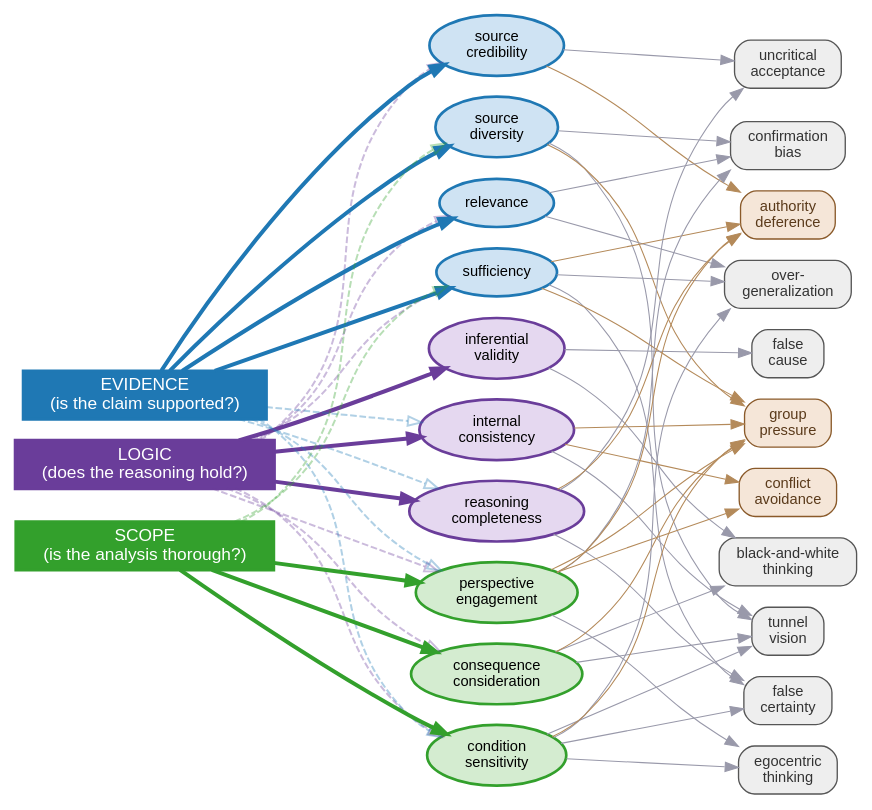
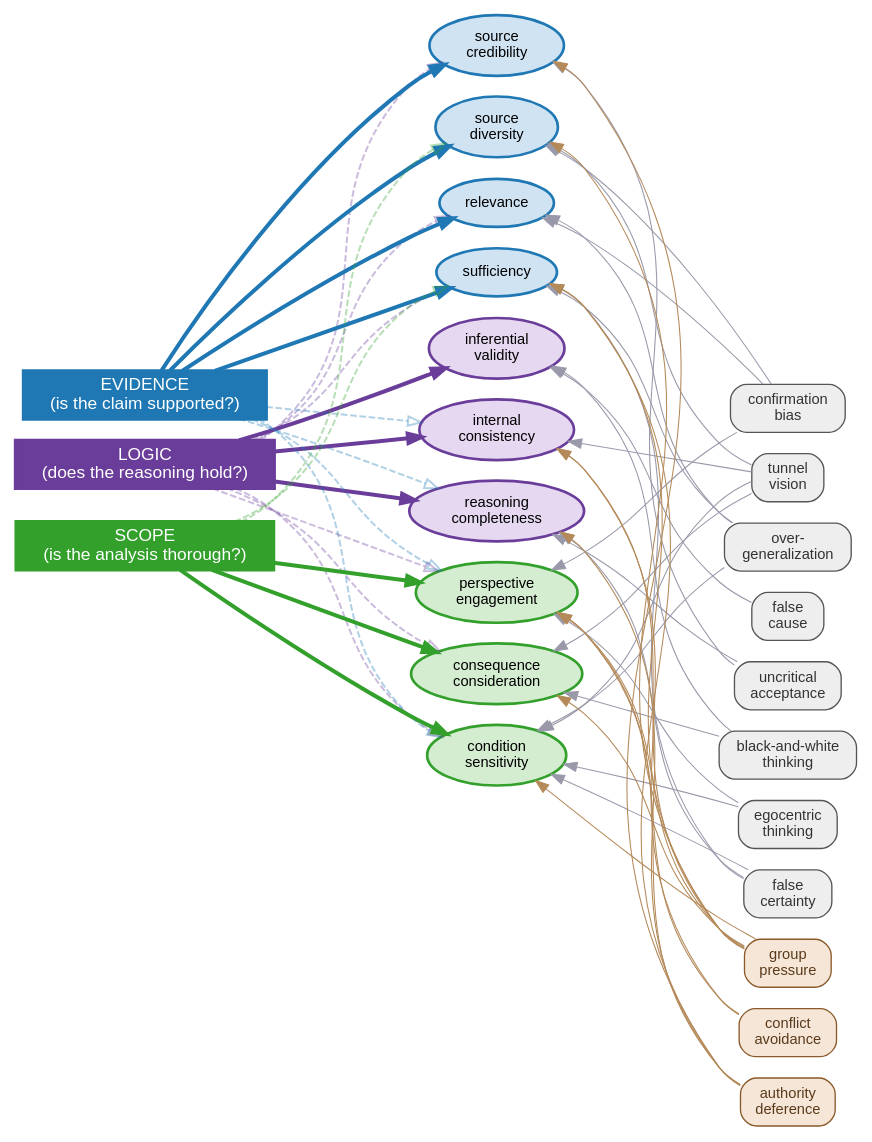
One commit to vtphan/polylogue-5 changed the diagram in framework/docs/framework-graph.dot. Above: the diagram before and after it, drawn with Graphviz. The commit also changed 4 other files, not shown here.

```diff
--- a/framework/docs/framework-graph.dot
+++ b/framework/docs/framework-graph.dot
@@ -15,8 +15,8 @@
 //                                alternate view), so a blue dashed edge
 //                                arriving at a facet means "also visible
 //                                through Evidence."
-//   thin gray, solid           — facet -> cognitive pattern
-//   thin brown, solid          — facet -> social dynamic
+//   thin gray, solid           — cognitive pattern -> facet (causes weakness)
+//   thin brown, solid          — social dynamic    -> facet (causes weakness)
 //
 // Explanatory edges are muted so the lens/facet/cross-lens structure
 // reads first. They are still present for reference.
@@ -146,74 +146,101 @@
     scope -> sufficiency;
 
     // ================================================================
-    //  Facet -> cognitive pattern (muted, thin)
+    //  Cognitive pattern -> facet (causes weakness, muted, thin)
+    //
+    //  These edges run visually right-to-left (explanatory column is
+    //  placed to the right of the facet column). constraint=false so
+    //  they do not pull explanatory variables into the facet rank;
+    //  invisible layout edges below establish the three columns.
     // ================================================================
 
-    edge [color="#9999aa", penwidth=0.8, style=solid, arrowhead=normal];
+    edge [color="#9999aa", penwidth=0.8, style=solid, arrowhead=normal, constraint=false];
 
-    source_credibility     -> uncritical_acceptance;
+    uncritical_acceptance    -> source_credibility;
 
-    source_diversity       -> confirmation_bias;
-    source_diversity       -> tunnel_vision;
+    confirmation_bias        -> source_diversity;
+    tunnel_vision            -> source_diversity;
 
-    relevance              -> confirmation_bias;
-    relevance              -> overgeneralization;
+    confirmation_bias        -> relevance;
+    overgeneralization       -> relevance;
 
-    sufficiency            -> overgeneralization;
-    sufficiency            -> false_certainty;
+    overgeneralization       -> sufficiency;
+    false_certainty          -> sufficiency;
 
-    inferential_validity   -> false_cause;
-    inferential_validity   -> black_and_white_thinking;
+    false_cause              -> inferential_validity;
+    black_and_white_thinking -> inferential_validity;
 
-    internal_consistency   -> tunnel_vision;
+    tunnel_vision            -> internal_consistency;
 
-    reasoning_completeness -> uncritical_acceptance;
-    reasoning_completeness -> false_certainty;
+    uncritical_acceptance    -> reasoning_completeness;
+    false_certainty          -> reasoning_completeness;
 
-    perspective_engagement   -> confirmation_bias;
-    perspective_engagement   -> egocentric_thinking;
+    confirmation_bias        -> perspective_engagement;
+    egocentric_thinking      -> perspective_engagement;
 
-    consequence_consideration -> tunnel_vision;
-    consequence_consideration -> black_and_white_thinking;
+    tunnel_vision            -> consequence_consideration;
+    black_and_white_thinking -> consequence_consideration;
 
-    condition_sensitivity    -> tunnel_vision;
-    condition_sensitivity    -> overgeneralization;
-    condition_sensitivity    -> egocentric_thinking;
-    condition_sensitivity    -> false_certainty;
+    tunnel_vision            -> condition_sensitivity;
+    overgeneralization       -> condition_sensitivity;
+    egocentric_thinking      -> condition_sensitivity;
+    false_certainty          -> condition_sensitivity;
 
     // ================================================================
-    //  Facet -> social dynamic (muted, thin, warm)
+    //  Social dynamic -> facet (causes weakness, muted, thin, warm)
+    //  Same layout treatment as cognitive -> facet edges above.
     // ================================================================
 
-    edge [color="#b48a5a", penwidth=0.8, style=solid, arrowhead=normal];
+    edge [color="#b48a5a", penwidth=0.8, style=solid, arrowhead=normal, constraint=false];
 
-    source_credibility     -> authority_deference;
-    source_diversity       -> group_pressure;
-    sufficiency            -> group_pressure;
-    sufficiency            -> authority_deference;
-    internal_consistency   -> group_pressure;
-    internal_consistency   -> conflict_avoidance;
-    reasoning_completeness -> authority_deference;
-    perspective_engagement -> group_pressure;
-    perspective_engagement -> conflict_avoidance;
-    perspective_engagement -> authority_deference;
-    consequence_consideration -> group_pressure;
-    condition_sensitivity    -> group_pressure;
+    authority_deference -> source_credibility;
+    group_pressure      -> source_diversity;
+    group_pressure      -> sufficiency;
+    authority_deference -> sufficiency;
+    group_pressure      -> internal_consistency;
+    conflict_avoidance  -> internal_consistency;
+    authority_deference -> reasoning_completeness;
+    group_pressure      -> perspective_engagement;
+    conflict_avoidance  -> perspective_engagement;
+    authority_deference -> perspective_engagement;
+    group_pressure      -> consequence_consideration;
+    group_pressure      -> condition_sensitivity;
 
     // ================================================================
-    //  Vertical grouping (invisible edges force facets of the same
-    //  primary lens to appear contiguously in the facet column, and
-    //  the three lens nodes to appear in the matching order in the
-    //  lens column: Evidence, then Logic, then Scope).
+    //  Layout scaffolding (invisible edges that shape the three-column
+    //  layout and the vertical order within each column).
     // ================================================================
 
     edge [style=invis, constraint=true, arrowhead=none, penwidth=0];
 
-    // Lens column order
+    // Lens column vertical order
     evidence -> logic -> scope;
 
-    // Facet column order: Evidence group, then Logic group, then Scope group
+    // Facet column vertical order: Evidence group, then Logic group, then Scope group
     source_credibility -> source_diversity -> relevance -> sufficiency
       -> inferential_validity -> internal_consistency -> reasoning_completeness
       -> perspective_engagement -> consequence_consideration -> condition_sensitivity;
+
+    // Force the explanatory column to be to the RIGHT of the facet column.
+    // One invisible forward edge per explanatory variable is enough to
+    // establish the rank; the real causal edges run right-to-left with
+    // constraint=false so they do not interfere with the layout.
+    condition_sensitivity -> confirmation_bias;
+    condition_sensitivity -> tunnel_vision;
+    condition_sensitivity -> overgeneralization;
+    condition_sensitivity -> false_cause;
+    condition_sensitivity -> uncritical_acceptance;
+    condition_sensitivity -> black_and_white_thinking;
+    condition_sensitivity -> egocentric_thinking;
+    condition_sensitivity -> false_certainty;
+    condition_sensitivity -> group_pressure;
+    condition_sensitivity -> conflict_avoidance;
+    condition_sensitivity -> authority_deference;
+
+    // Explanatory column vertical order: cognitive patterns stacked,
+    // then social dynamics below them.
+    confirmation_bias -> tunnel_vision -> overgeneralization -> false_cause
+      -> uncritical_acceptance -> black_and_white_thinking
+      -> egocentric_thinking -> false_certainty
+      -> group_pressure -> conflict_avoidance -> authority_deference;
 }
```
